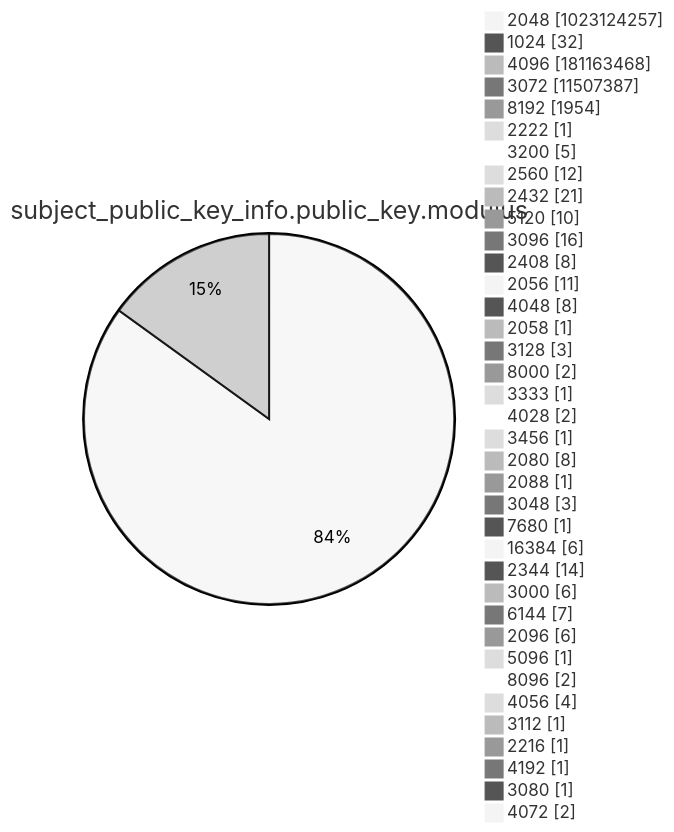
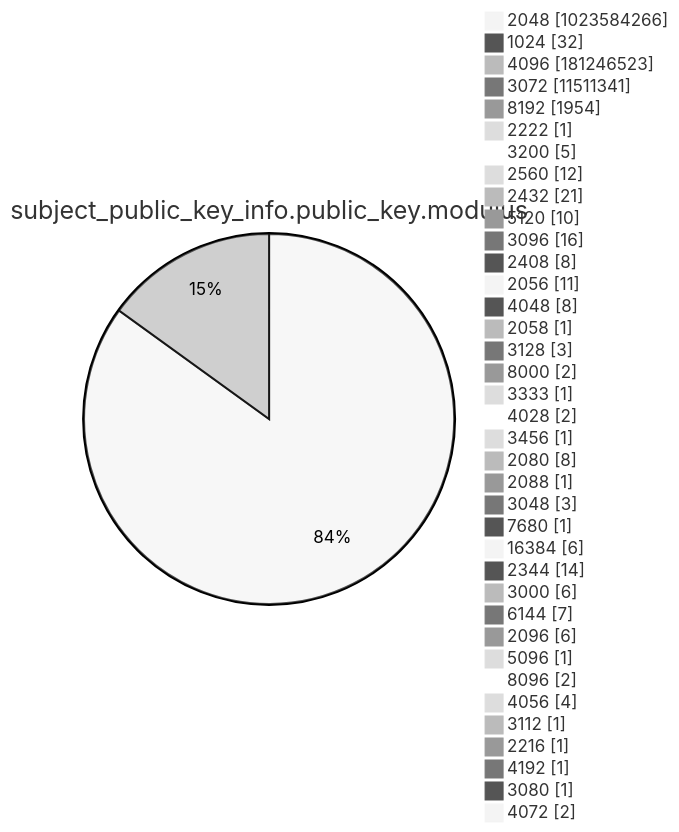
Before and after one commit to christiankrug/ctmonitor_visualization: diagram 13 of 15 in argon2022/README.md, drawn with Mermaid (neutral theme). The commit also changed other lines of this file, not shown here.

````diff
--- a/argon2022/README.md
+++ b/argon2022/README.md
@@ -3588,41 +3588,41 @@
 ```mermaid
 pie showData
 title subject_public_key_info.public_key.modulus
-"2048" :1023124257
+"2048" :1023584266
 "1024" :32
-"4096" :181163468
-"3072" :11507387
+"4096" :181246523
+"3072" :11511341
 "8192" :1954
 "2222" :1
 "3200" :5
 "2560" :12
 "2432" :21
 "5120" :10
 "3096" :16
 "2408" :8
 "2056" :11
 "4048" :8
 "2058" :1
 "3128" :3
 "8000" :2
 "3333" :1
 "4028" :2
 "3456" :1
 "2080" :8
 "2088" :1
 "3048" :3
 "7680" :1
 "16384" :6
 "2344" :14
 "3000" :6
 "6144" :7
 "2096" :6
 "5096" :1
 "8096" :2
 "4056" :4
 "3112" :1
 "2216" :1
 "4192" :1
 "3080" :1
 "4072" :2
 ```
````
